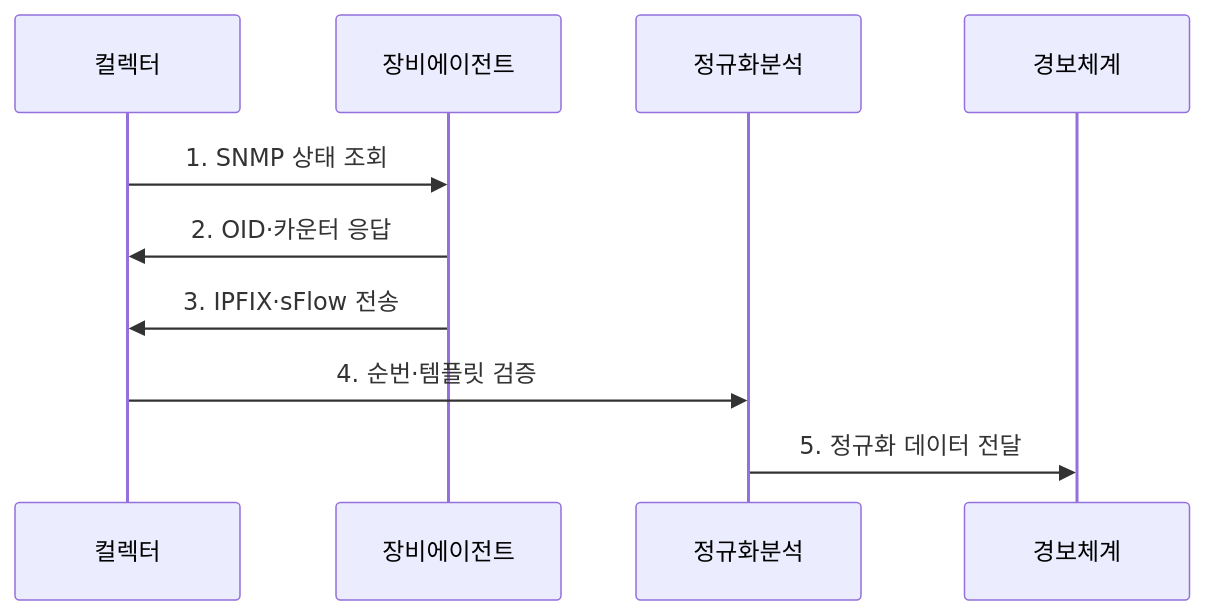
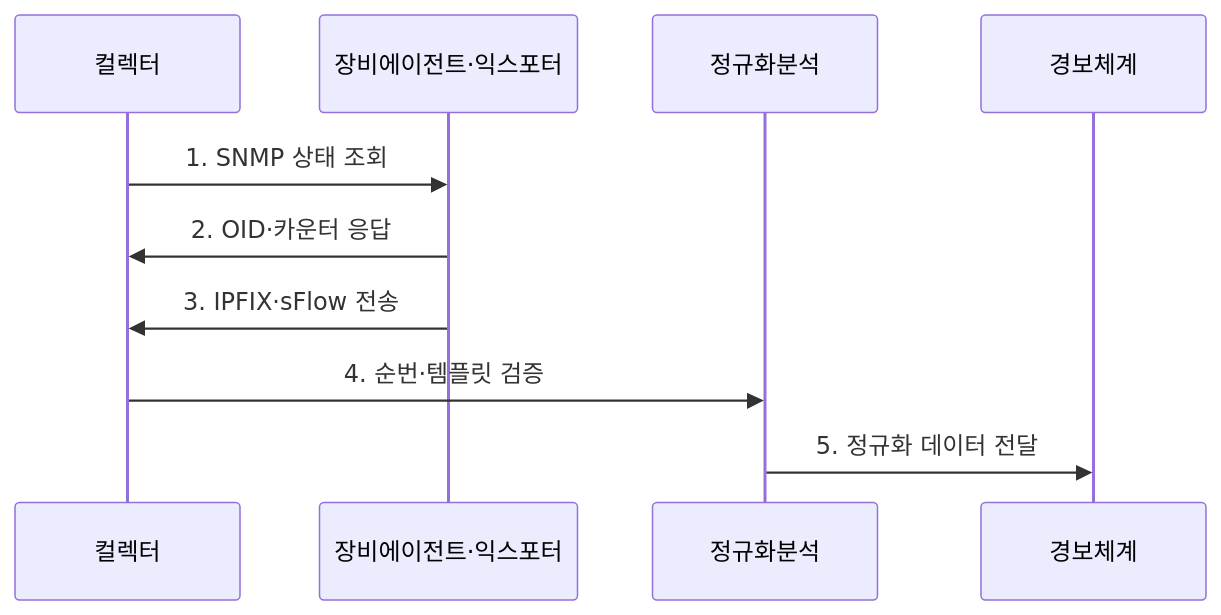
Before and after one commit to agnusdei1207/knowledge-base: the second of 2 diagrams in src/content/docs/notes/04-network/074_network_monitoring_snmp_netflow.md, drawn with Mermaid. The commit also changed other lines of this file and 20 other files, not shown here.

````diff
--- a/src/content/docs/notes/04-network/074_network_monitoring_snmp_netflow.md
+++ b/src/content/docs/notes/04-network/074_network_monitoring_snmp_netflow.md
@@ -80,12 +85,12 @@
 ```mermaid
 sequenceDiagram
     participant 컬렉터
-    participant 장비에이전트
+    participant 장비에이전트·익스포터
     participant 정규화분석
     participant 경보체계
-    컬렉터->>장비에이전트: 1. SNMP 상태 조회
-    장비에이전트->>컬렉터: 2. OID·카운터 응답
-    장비에이전트->>컬렉터: 3. IPFIX·sFlow 전송
+    컬렉터->>장비에이전트·익스포터: 1. SNMP 상태 조회
+    장비에이전트·익스포터->>컬렉터: 2. OID·카운터 응답
+    장비에이전트·익스포터->>컬렉터: 3. IPFIX·sFlow 전송
     컬렉터->>정규화분석: 4. 순번·템플릿 검증
     정규화분석->>경보체계: 5. 정규화 데이터 전달
 ```
````
